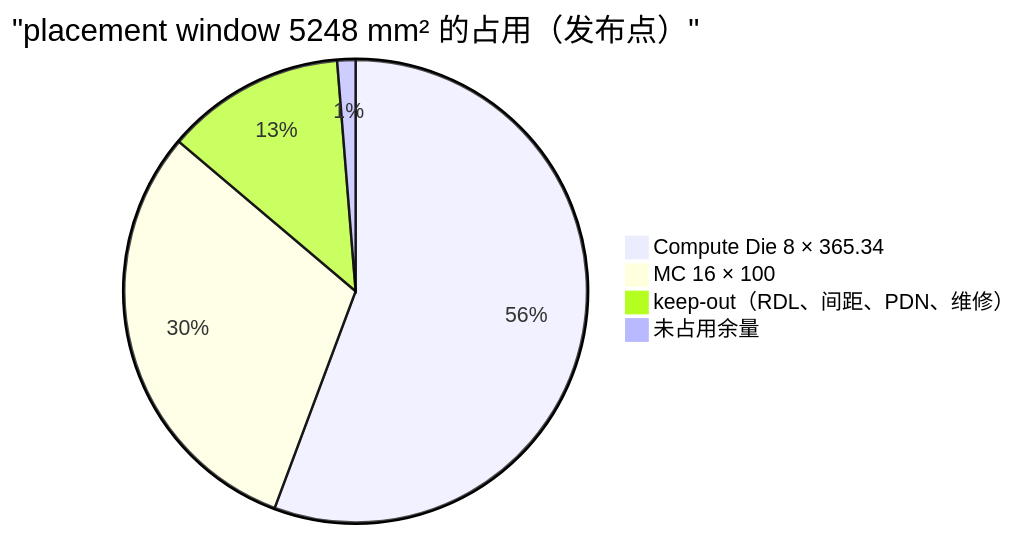
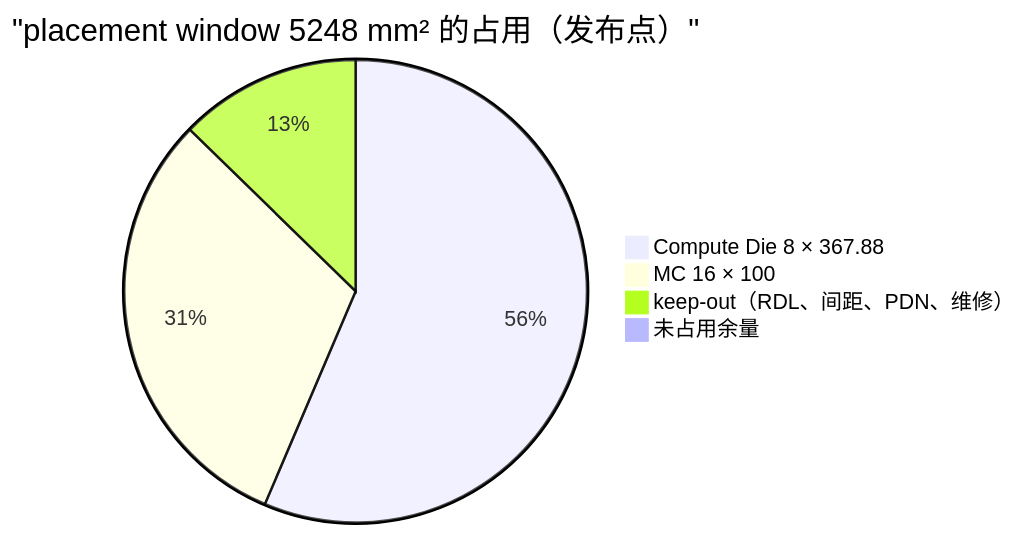
The first of 7 diagrams in teams/hardware/docs/09_PACKAGE_POWER_RAS.md (xqdan/xihu), drawn with Mermaid before and after one commit. The commit also changed other lines of this file and 70 other files, not shown here.

````diff
--- a/teams/hardware/docs/09_PACKAGE_POWER_RAS.md
+++ b/teams/hardware/docs/09_PACKAGE_POWER_RAS.md
@@ -38,7 +38,7 @@
 ```mermaid
 pie title "placement window 5248 mm² 的占用（发布点）"
-  "Compute Die 8 × 365.34" : 2922.73
+  "Compute Die 8 × 367.88" : 2922.73
   "MC 16 × 100" : 1600
   "keep-out（RDL、间距、PDN、维修）" : 658.10
-  "未占用余量" : 67.17
+  "未占用余量" : 46.83
 ```
````
